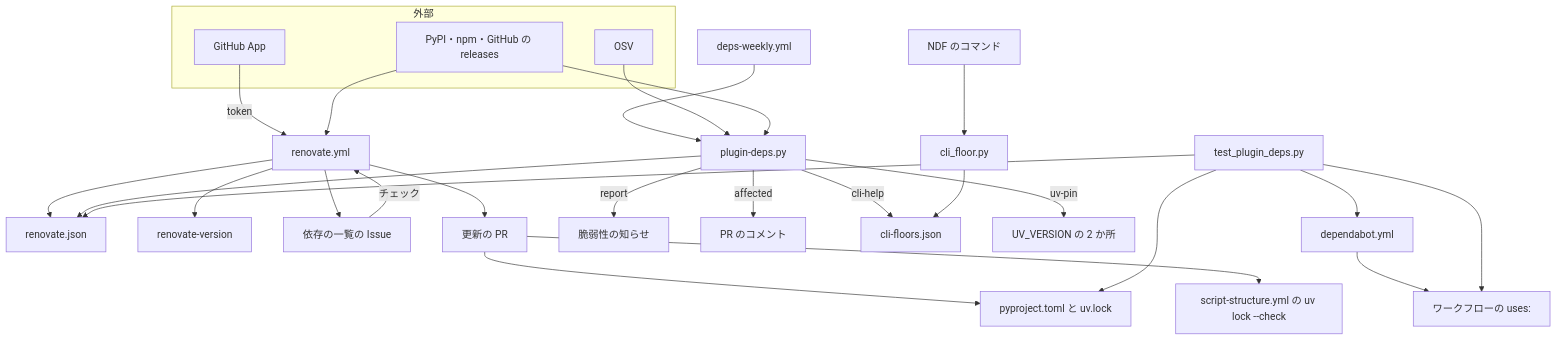
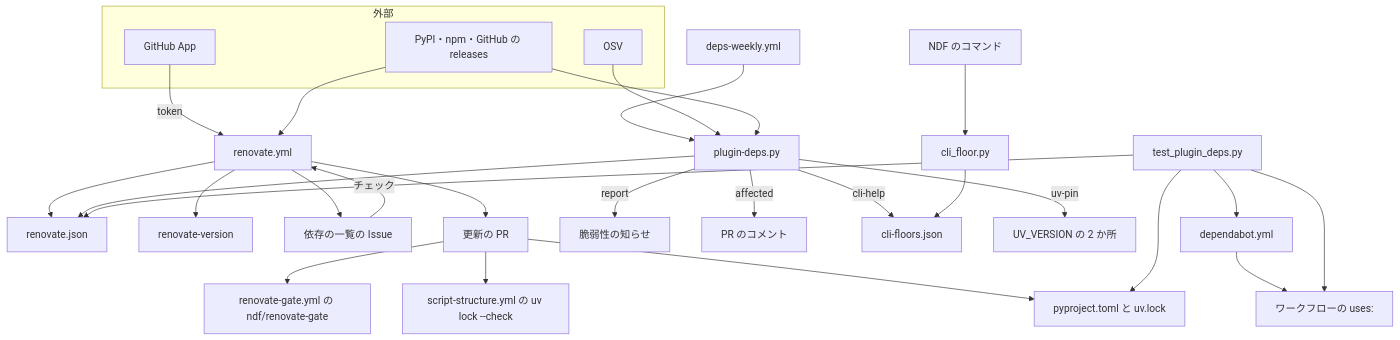
Before and after one commit to devbasex/ai-plugins: the third of 4 diagrams in issues/issue-3370-3691-design.md, drawn with Mermaid. The commit also changed other lines of this file and 2 other files, not shown here.

````diff
--- a/issues/issue-3370-3691-design.md
+++ b/issues/issue-3370-3691-design.md
@@ -181,30 +182,31 @@
 ```mermaid
 graph TD
     subgraph 外部
         P[PyPI・npm・GitHub の releases]
         O[OSV]
         G[GitHub App]
     end
     REN[renovate.yml] --> CFG[renovate.json]
     REN --> RV[renovate-version]
     G -->|token| REN
     P --> REN
     REN --> DASH[依存の一覧の Issue] -->|チェック| REN
     REN --> UPR[更新の PR]
     UPR --> DEF[pyproject.toml と uv.lock]
     UPR --> CHK[script-structure.yml の uv lock --check]
+    UPR --> GATE[renovate-gate.yml の ndf/renovate-gate]
     WK[deps-weekly.yml] --> SCR[plugin-deps.py]
     O --> SCR
     P --> SCR
     SCR -->|report| VUL[脆弱性の知らせ]
     SCR -->|affected| CMT[PR のコメント]
     SCR -->|cli-help| FLR[cli-floors.json]
     SCR -->|uv-pin| UVP[UV_VERSION の 2 か所]
     SCR --> CFG
     DEP[dependabot.yml] --> USES[ワークフローの uses:]
     NDF[NDF のコマンド] --> CLF[cli_floor.py] --> FLR
     TST[test_plugin_deps.py] --> CFG
     TST --> DEP
     TST --> USES
     TST --> DEF
 ```
````
